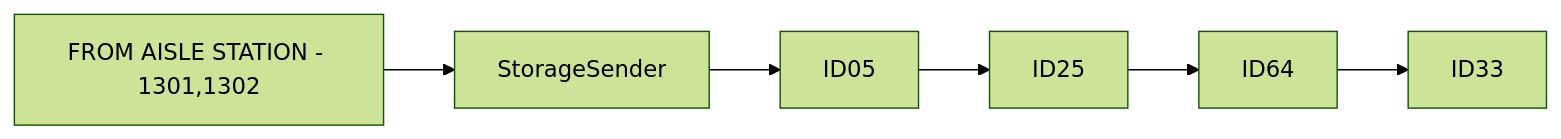
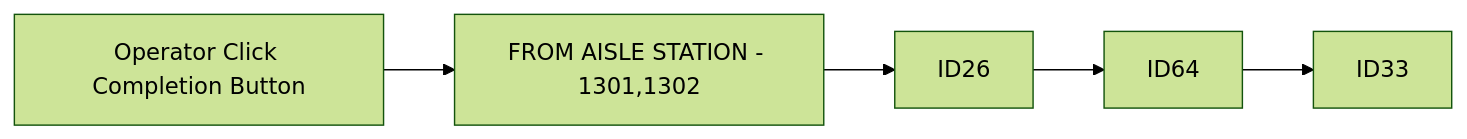
One commit to luthfiadityaa/SimeDarby-Wiki changed the second of 10 diagrams in Basic-Design/DFD-WMS/Inventory-Check/Inventory-Check-from-Ambient-Area.md. Above: the diagram before and after it, drawn with Mermaid (forest theme). The commit also changed other lines of this file, not shown here.

```diff
--- a/Basic-Design/DFD-WMS/Inventory-Check/Inventory-Check-from-Ambient-Area.md
+++ b/Basic-Design/DFD-WMS/Inventory-Check/Inventory-Check-from-Ambient-Area.md
@@ -17,5 +17,5 @@
 ::: mermaid
 flowchart LR
   
-P1[FROM AISLE STATION - 1301,1302]-->P2[StorageSender]-->P3[ID05]-->P4[ID25]-->P5[ID64]-->P6[ID33]
+P1[Operator Click Completion Button]-->P2[FROM AISLE STATION - 1301,1302]-->P3[ID26]-->P4[ID64]-->P5[ID33]
 :::
```
